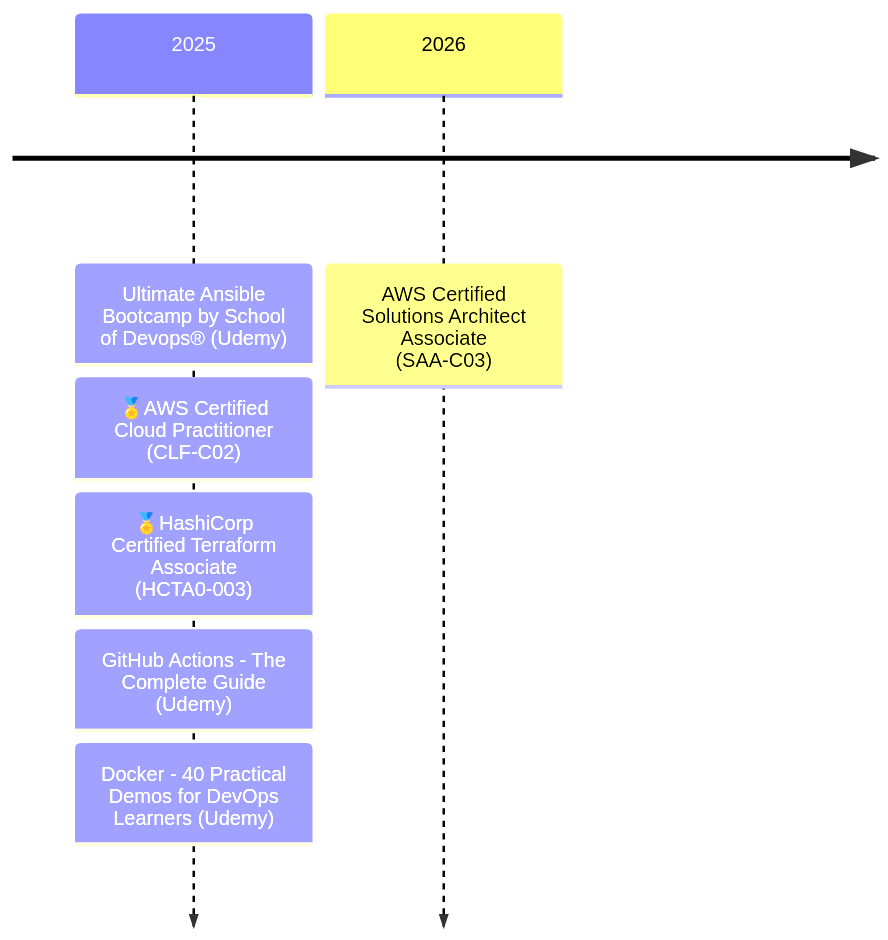
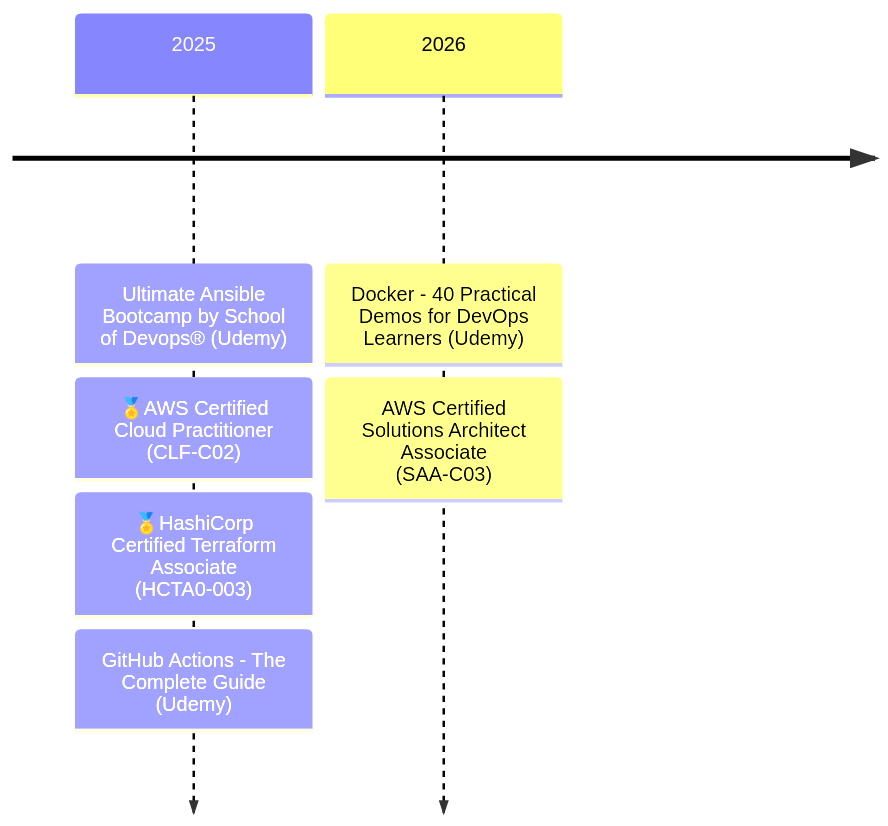
Before and after one commit to rtdevx/rtdevx.github.io: the diagram in content/about.md, drawn with Mermaid.

Commit message:
Obsidian sync: 2025-12-10 02:45:32

```diff
--- a/content/about.md
+++ b/content/about.md
@@ -65,9 +65,9 @@
 {{< mermaid >}}
 timeline    
     2025 : Ultimate Ansible Bootcamp by School of Devops® (Udemy)
          : 🏅AWS Certified Cloud Practitioner (CLF-C02)
          : 🏅HashiCorp Certified Terraform Associate (HCTA0-003)
          : GitHub Actions - The Complete Guide (Udemy)
-         : Docker - 40 Practical Demos for DevOps Learners (Udemy)
-    2026 : AWS Certified Solutions Architect Associate (SAA-C03)
+    2026 : Docker - 40 Practical Demos for DevOps Learners (Udemy)
+        : AWS Certified Solutions Architect Associate (SAA-C03)
 {{< /mermaid >}}
```
